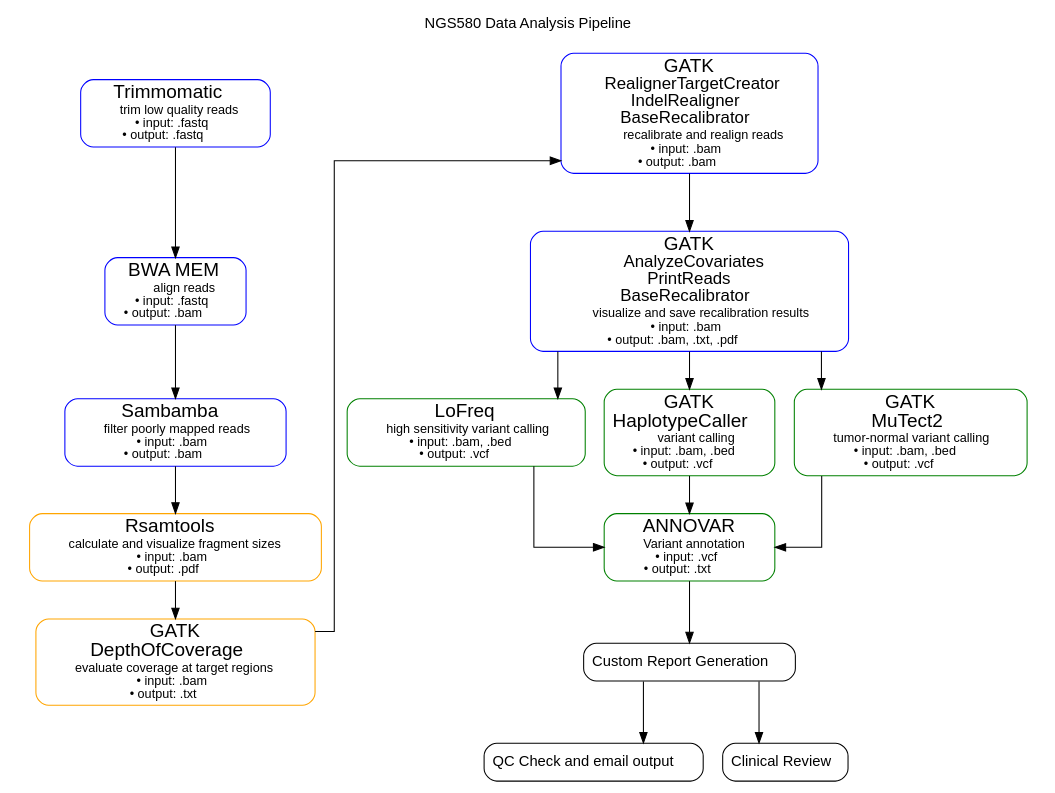
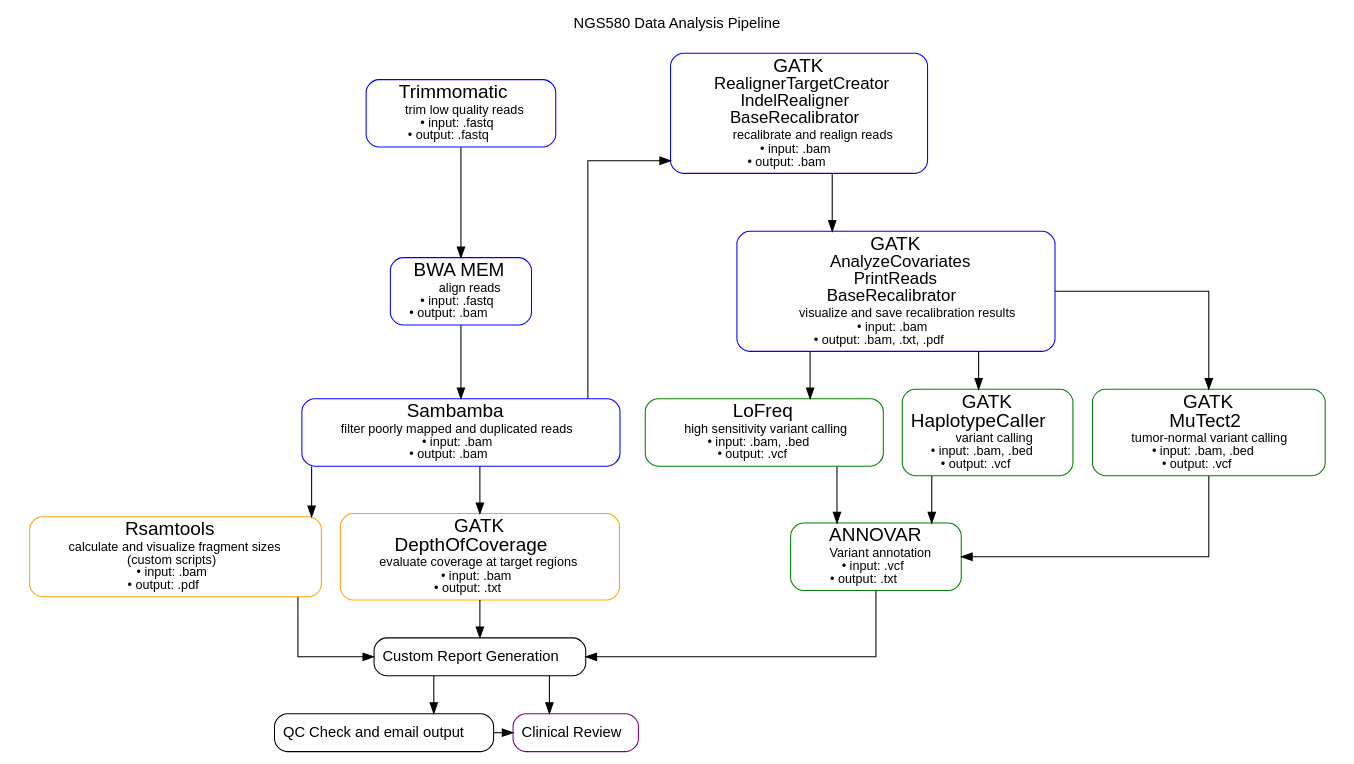
One commit to NYU-Molecular-Pathology/writeup changed the diagram in pipline_workflow.dot. Above: the diagram before and after it, drawn with Graphviz. The commit also changed 1 other file, not shown here.

```diff
--- a/pipline_workflow.dot
+++ b/pipline_workflow.dot
@@ -1,187 +1,198 @@
 digraph sns_pipeline {
 // overall graph label
 label="NGS580 Data Analysis Pipeline\n\n"
 labelloc="t";
 
 graph [fontname = "helvetica"];
 node [fontname = "helvetica"];
 edge [fontname = "helvetica"];
 
 // define all the nodes in the order of appearance
 Trimmomatic
 BWA_MEM
 Sambamba
 Rsamtools
 GATK_DepthOfCoverage
 GATK_Realign
 GATK_Recalibrate
 LoFreq
 GATK_HaplotypeCaller
 GATK_MuTect2
 ANNOVAR
 Reporting
 QC
 Review
 
 // add styles and labels to the pipeline steps
 // pre-processing pipeline steps
 Trimmomatic [
     label=<<FONT POINT-SIZE="18">Trimmomatic</FONT><BR />
     <FONT POINT-SIZE="12">
     trim low quality reads<BR />
     &#8226; input: .fastq<BR />
     &#8226; output: .fastq
     </FONT>>,
     style=rounded, shape=box, color=Blue
     ]
 
 BWA_MEM [
     label=<<FONT POINT-SIZE="18">BWA MEM</FONT><BR />
     <FONT POINT-SIZE="12">
     align reads<BR />
     &#8226; input: .fastq<BR />
     &#8226; output: .bam
     </FONT>>,
     style=rounded, shape=box, color=Blue
     ]
 
 Sambamba [
     label=<<FONT POINT-SIZE="18">Sambamba</FONT><BR />
     <FONT POINT-SIZE="12">
-    filter poorly mapped reads<BR />
+    filter poorly mapped and duplicated reads<BR />
     &#8226; input: .bam<BR />
     &#8226; output: .bam
     </FONT>>,
     style=rounded, shape=box, color=Blue
     ]
 
 GATK_Realign [
     label=<<FONT POINT-SIZE="18">GATK</FONT><BR />
     <FONT POINT-SIZE="16">
     RealignerTargetCreator<BR />
     IndelRealigner<BR />
     BaseRecalibrator<BR />
     </FONT>
     <FONT POINT-SIZE="12">
     recalibrate and realign reads<BR />
     &#8226; input: .bam<BR />
     &#8226; output: .bam
     </FONT>>,
     style=rounded, shape=box, color=Blue
     ]
 
 GATK_Recalibrate [
     label=<<FONT POINT-SIZE="18">GATK</FONT><BR />
     <FONT POINT-SIZE="16">
     AnalyzeCovariates<BR />
     PrintReads<BR />
     BaseRecalibrator<BR />
     </FONT>
     <FONT POINT-SIZE="12">
     visualize and save recalibration results<BR />
     &#8226; input: .bam<BR />
     &#8226; output: .bam, .txt, .pdf
     </FONT>>,
     style=rounded, shape=box, color=Blue
     ]
 
 // quality control pipeline steps -
 Rsamtools [
     label=<<FONT POINT-SIZE="18">Rsamtools</FONT><BR />
     <FONT POINT-SIZE="12">
     calculate and visualize fragment sizes<BR />
+    (custom scripts)<BR />
     &#8226; input: .bam<BR />
     &#8226; output: .pdf
     </FONT>>,
     style=rounded, shape=box, color=Orange
     ]
 
 GATK_DepthOfCoverage [
     label=<<FONT POINT-SIZE="18">GATK<BR />DepthOfCoverage</FONT><BR />
     <FONT POINT-SIZE="12">
     evaluate coverage at target regions<BR />
     &#8226; input: .bam<BR />
     &#8226; output: .txt
     </FONT>>,
     style=rounded, shape=box, color=Orange
     ]
 
 
 // Variant Calling pipeline steps
 LoFreq [
     label=<<FONT POINT-SIZE="18">LoFreq</FONT><BR />
     <FONT POINT-SIZE="12">
     high sensitivity variant calling<BR />
     &#8226; input: .bam, .bed<BR />
     &#8226; output: .vcf
     </FONT>>,
     style=rounded, shape=box, color=Green
     ]
 
 GATK_HaplotypeCaller [
     label=<<FONT POINT-SIZE="18">GATK<BR />HaplotypeCaller</FONT><BR />
     <FONT POINT-SIZE="12">
     variant calling<BR />
     &#8226; input: .bam, .bed<BR />
     &#8226; output: .vcf
     </FONT>>,
     style=rounded, shape=box, color=Green
     ]
 
 GATK_MuTect2 [
     label=<<FONT POINT-SIZE="18">GATK<BR />MuTect2</FONT><BR />
     <FONT POINT-SIZE="12">
     tumor-normal variant calling<BR />
     &#8226; input: .bam, .bed<BR />
     &#8226; output: .vcf
     </FONT>>,
     style=rounded, shape=box, color=Green]
 
 ANNOVAR [
     label=<<FONT POINT-SIZE="18">ANNOVAR</FONT><BR />
     <FONT POINT-SIZE="12">
     Variant annotation<BR />
     &#8226; input: .vcf<BR />
     &#8226; output: .txt
     </FONT>>,
     style=rounded, shape=box, color=Green
     ]
 
 // custom downstream steps
 Reporting [
     label=<<FONT POINT-SIZE="14">Custom Report Generation</FONT>>,
     style=rounded, shape=box, color=Black
     ]
 
 QC [
     label=<<FONT POINT-SIZE="14">QC Check and email output</FONT>>,
     style=rounded, shape=box, color=Black
     ]
 
 Review [
     label=<<FONT POINT-SIZE="14">Clinical Review</FONT>>,
-    style=rounded, shape=box, color=Black
+    style=rounded, shape=box, color=Purple
     ]
 
 // layout
-    subgraph cluster1 {
-        style="invis"
-        Trimmomatic -> BWA_MEM -> Sambamba -> Rsamtools -> GATK_DepthOfCoverage
+subgraph cluster1 {
+    style="invis"
+    Trimmomatic -> BWA_MEM -> Sambamba
+    Sambamba -> Rsamtools
+    Sambamba -> GATK_DepthOfCoverage
     }
 
-    subgraph cluster2 {
-        style="invis"
-         GATK_Realign -> GATK_Recalibrate
-         GATK_Recalibrate -> LoFreq -> ANNOVAR
-         GATK_Recalibrate -> GATK_HaplotypeCaller -> ANNOVAR
-         GATK_Recalibrate -> GATK_MuTect2 -> ANNOVAR
+subgraph cluster2 {
+    style="invis"
+     GATK_Realign -> GATK_Recalibrate
+     GATK_Recalibrate -> LoFreq -> ANNOVAR
+     GATK_Recalibrate -> GATK_HaplotypeCaller -> ANNOVAR
+     GATK_Recalibrate -> GATK_MuTect2 -> ANNOVAR
     }
 
-    splines="ortho"
-    {rank=same Trimmomatic GATK_Realign}
-    GATK_DepthOfCoverage -> GATK_Realign [constraint=false]
-    ANNOVAR -> Reporting
+splines="ortho"
 
-    Reporting -> QC
-    Reporting -> Review
+{rank=same Trimmomatic GATK_Realign}
+
+Sambamba -> GATK_Realign //[constraint=false]
+ANNOVAR -> Reporting
+
+Rsamtools -> Reporting
+GATK_DepthOfCoverage -> Reporting
+{rank=same QC Review}
+
+Reporting -> QC
+Reporting -> Review
+QC -> Review
+
 }
```
